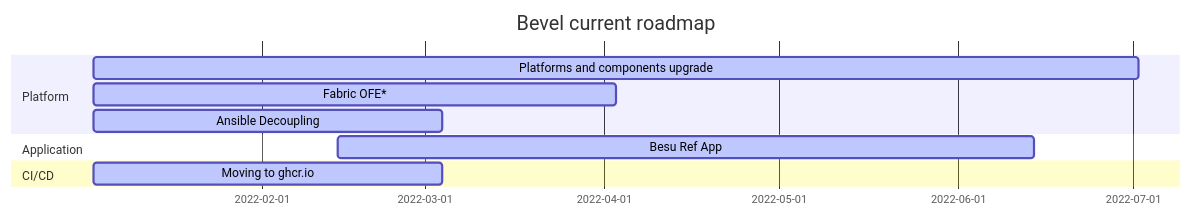
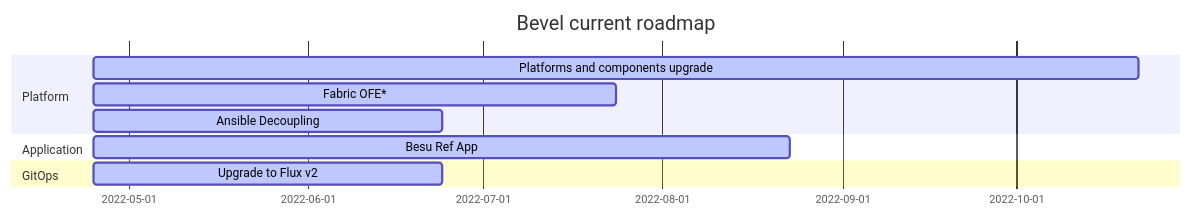
One commit to hyperledger/bevel changed the diagram in docs/source/roadmap.rst. Above: the diagram before and after it, drawn with Mermaid. The commit also changed other lines of this file and 8 other files, not shown here.

```diff
--- a/docs/source/roadmap.rst
+++ b/docs/source/roadmap.rst
@@ -4,13 +4,13 @@
 .. mermaid::
 
    gantt
     title Bevel current roadmap
     dateFormat  YY-MM-DD
     section Platform
-    Platforms and components upgrade : active, 22-01-03, 180d
-    Fabric OFE*: active, 22-01-03, 90d
-    Ansible Decoupling: active, 22-01-03, 60d 
+    Platforms and components upgrade : active, 22-04-25, 180d
+    Fabric OFE*: active, 22-04-25, 90d
+    Ansible Decoupling: active, 22-04-25, 60d 
     section Application
-    Besu Ref App: active, 22-02-14, 120d
-    section CI/CD
-    Moving to ghcr.io: active, 22-01-03, 60d
+    Besu Ref App: active, 22-04-25, 120d
+    section GitOps
+    Upgrade to Flux v2: active, 22-04-25, 60d
```
